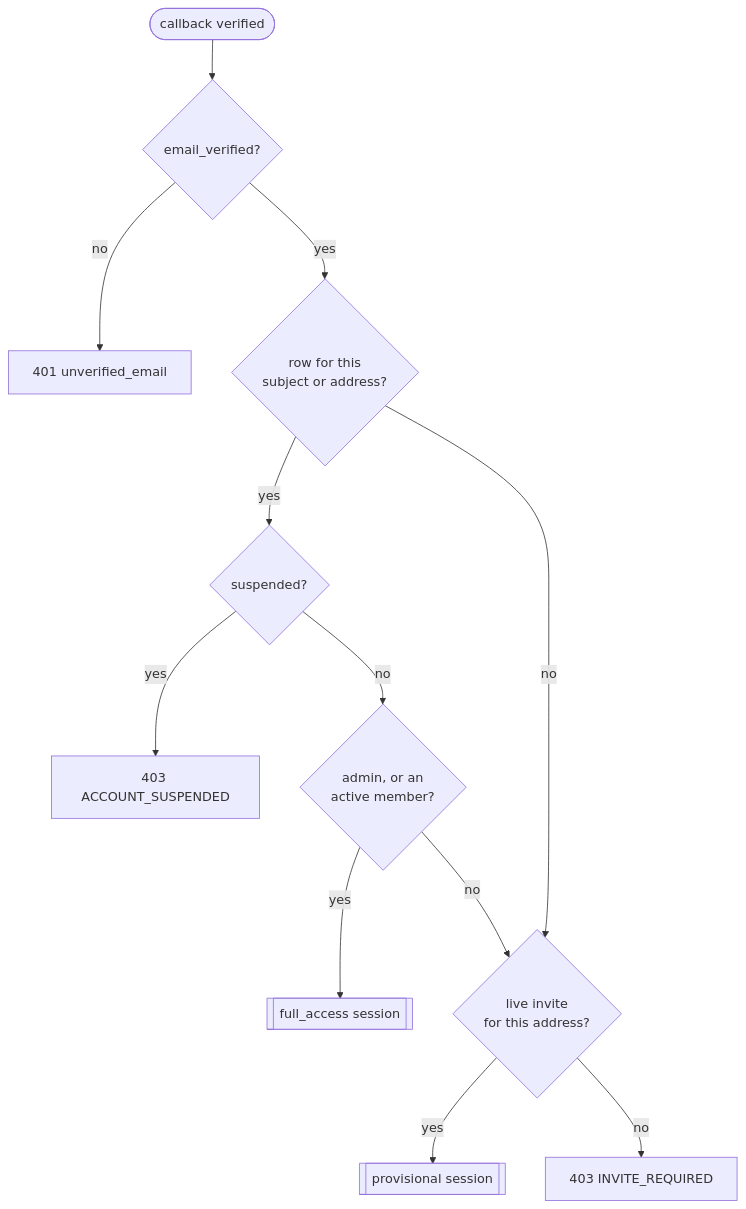
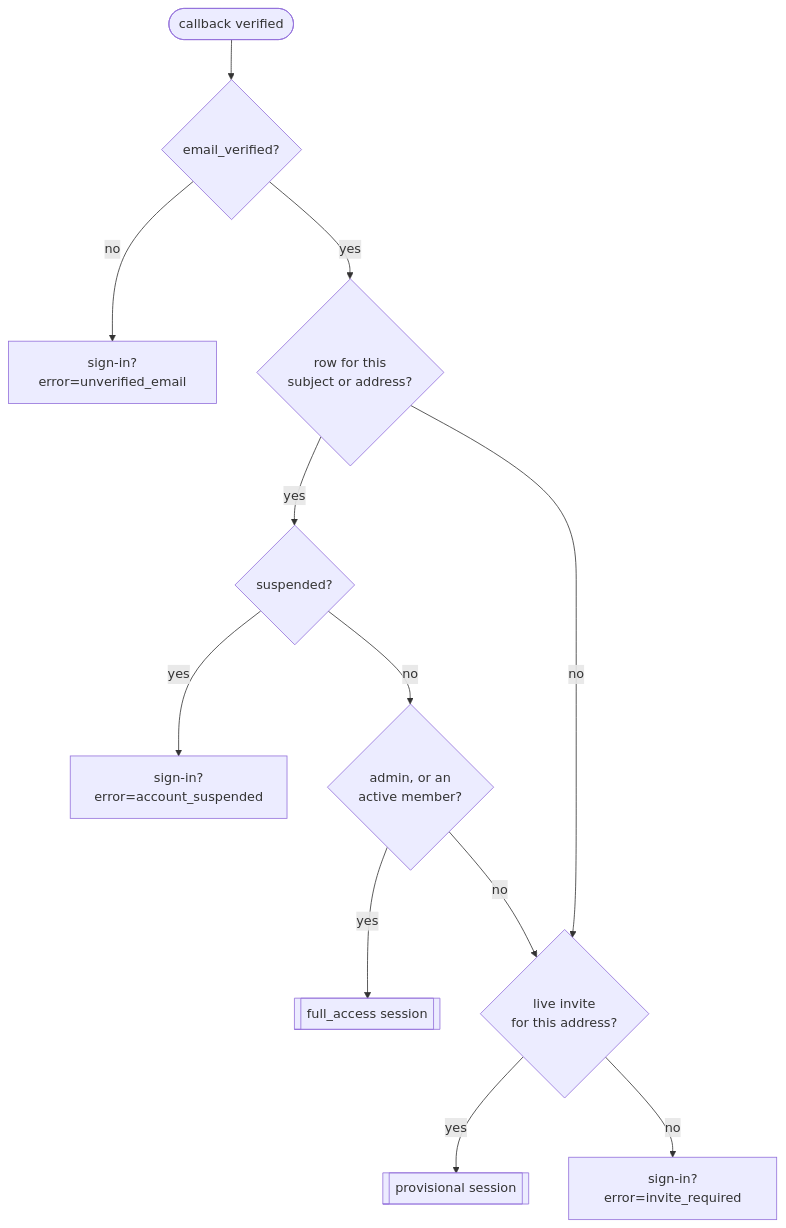
One commit to Risevestacademy/campus-server changed the second of 5 diagrams in docs/auth-flow.md. Above: the diagram before and after it, drawn with Mermaid. The commit also changed other lines of this file and 6 other files, not shown here.

First line of the commit message:
docs: document the sign-in flow the web app builds against

````diff
--- a/docs/auth-flow.md
+++ b/docs/auth-flow.md
@@ -65,16 +69,16 @@
 ```mermaid
 flowchart TD
     start([callback verified]) --> verified{email_verified?}
-    verified -- no --> refuse401[401 unverified_email]
+    verified -- no --> refuse401[sign-in?error=unverified_email]
     verified -- yes --> known{row for this<br/>subject or address?}
 
     known -- yes --> suspended{suspended?}
-    suspended -- yes --> refuse403a[403 ACCOUNT_SUSPENDED]
+    suspended -- yes --> refuse403a[sign-in?error=account_suspended]
     suspended -- no --> roster{admin, or an<br/>active member?}
     roster -- yes --> full[[full_access session]]
     roster -- no --> invite
 
     known -- no --> invite{live invite<br/>for this address?}
     invite -- yes --> prov[[provisional session]]
-    invite -- no --> refuse403b[403 INVITE_REQUIRED]
+    invite -- no --> refuse403b[sign-in?error=invite_required]
 ```
````
